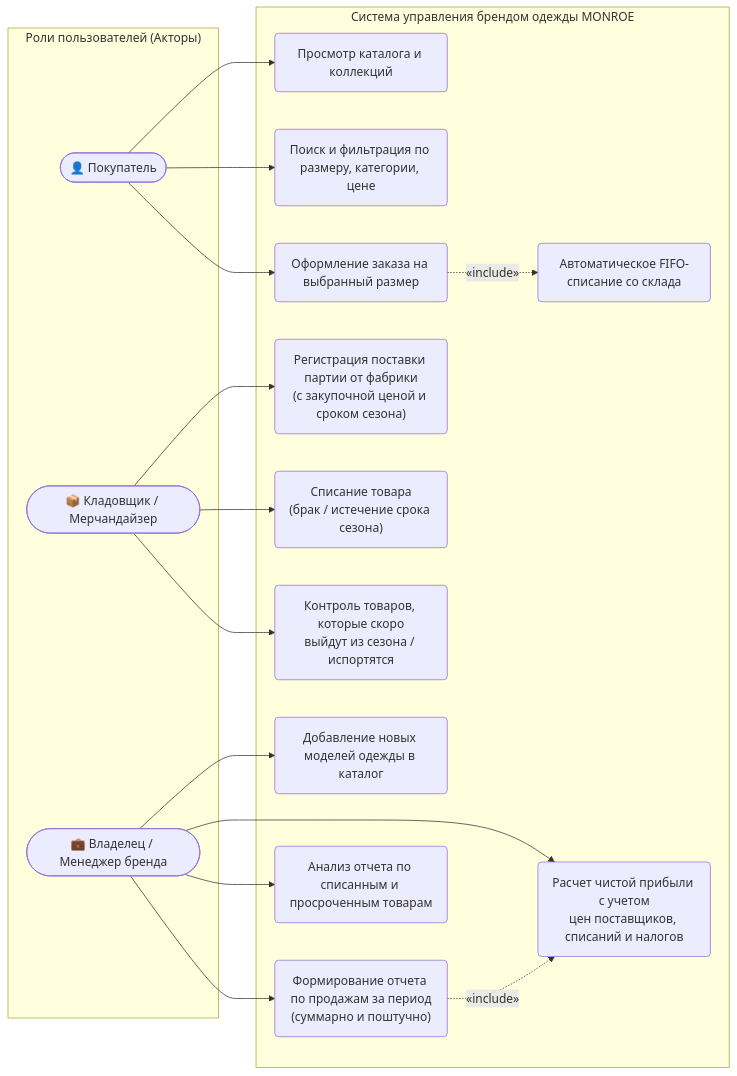
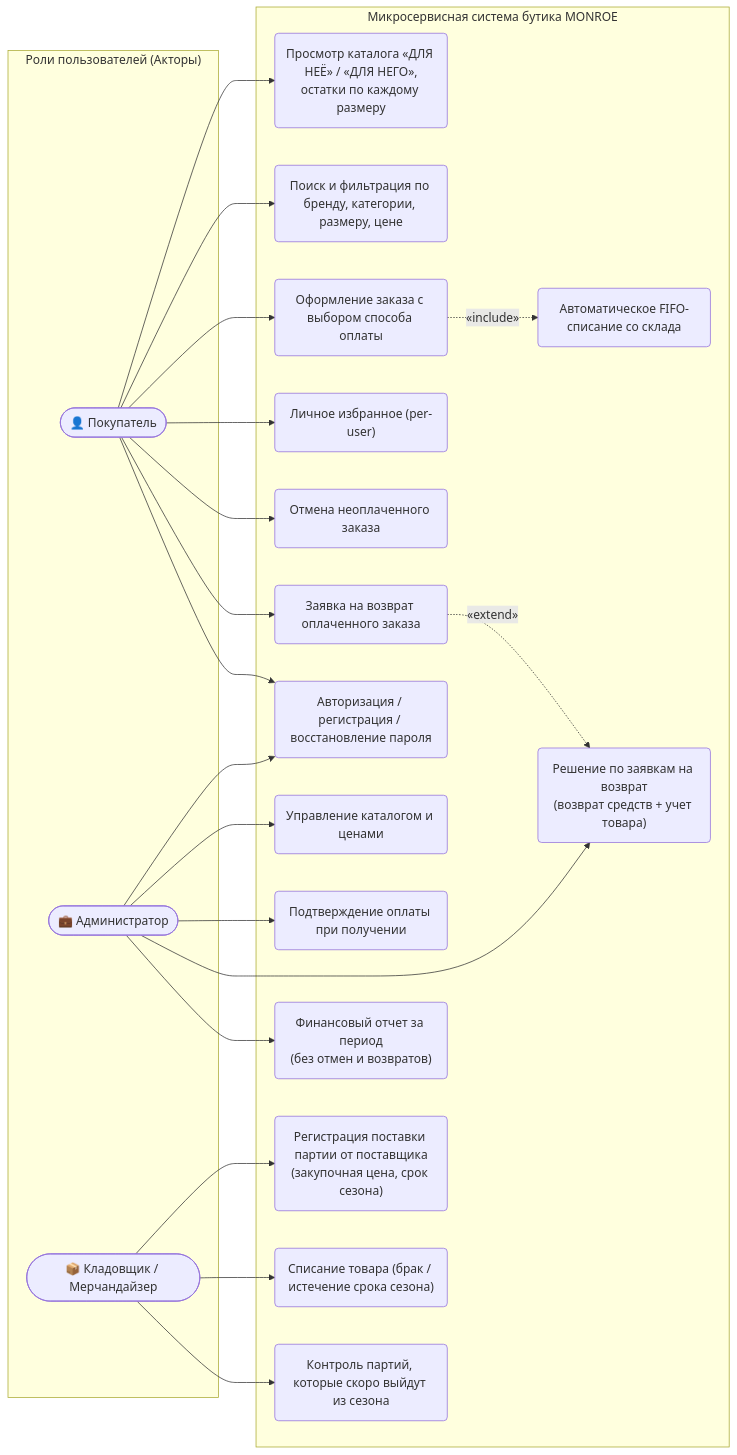
The first of 5 diagrams in README.md (anya-gor/project2026), drawn with Mermaid before and after one commit. The commit also changed other lines of this file and 2 other files, not shown here.

Commit message:
Docs: align with payment statuses, returns/refunds, personal favorites, MySQL schema and MONROE boutique context

````diff
--- a/README.md
+++ b/README.md
@@ -81,39 +97,48 @@
 ```mermaid
 flowchart LR
     subgraph Actors ["Роли пользователей (Акторы)"]
         Customer(["👤 Покупатель"])
+        Admin(["💼 Администратор"])
         WarehouseStaff(["📦 Кладовщик / Мерчандайзер"])
-        Manager(["💼 Владелец / Менеджер бренда"])
     end
 
-    subgraph System ["Система управления брендом одежды MONROE"]
-        UC1("Просмотр каталога и коллекций")
-        UC2("Поиск и фильтрация по размеру, категории, цене")
-        UC3("Оформление заказа на выбранный размер")
-        
-        UC4("Регистрация поставки партии от фабрики\n(с закупочной ценой и сроком сезона)")
-        UC5("Списание товара\n(брак / истечение срока сезона)")
-        UC6("Контроль товаров, которые скоро\nвыйдут из сезона / испортятся")
-        UC7("Автоматическое FIFO-списание со склада")
-        
-        UC8("Добавление новых моделей одежды в каталог")
-        UC9("Формирование отчета по продажам за период\n(суммарно и поштучно)")
-        UC10("Расчет чистой прибыли с учетом\nцен поставщиков, списаний и налогов")
-        UC11("Анализ отчета по списанным и просроченным товарам")
+    subgraph System ["Микросервисная система бутика MONROE"]
+        UC1("Просмотр каталога «ДЛЯ НЕЁ» / «ДЛЯ НЕГО»,\nостатки по каждому размеру")
+        UC2("Поиск и фильтрация по бренду, категории, размеру, цене")
+        UC3("Оформление заказа с выбором способа оплаты")
+        UC4("Личное избранное (per-user)")
+        UC5("Отмена неоплаченного заказа")
+        UC6("Заявка на возврат оплаченного заказа")
+        UC7("Авторизация / регистрация / восстановление пароля")
+
+        UC8("Управление каталогом и ценами")
+        UC9("Подтверждение оплаты при получении")
+        UC10("Решение по заявкам на возврат\n(возврат средств + учет товара)")
+        UC11("Финансовый отчет за период\n(без отмен и возвратов)")
+
+        UC12("Регистрация поставки партии от поставщика\n(закупочная цена, срок сезона)")
+        UC13("Списание товара (брак / истечение срока сезона)")
+        UC14("Контроль партий, которые скоро выйдут из сезона")
+        UC15("Автоматическое FIFO-списание со склада")
     end
 
     Customer --> UC1
     Customer --> UC2
     Customer --> UC3
-    UC3 -.->|"«include»"| UC7
+    Customer --> UC4
+    Customer --> UC5
+    Customer --> UC6
+    Customer --> UC7
+    UC3 -.->|"«include»"| UC15
 
-    WarehouseStaff --> UC4
-    WarehouseStaff --> UC5
-    WarehouseStaff --> UC6
+    Admin --> UC7
+    Admin --> UC8
+    Admin --> UC9
+    Admin --> UC10
+    Admin --> UC11
+    UC6 -.->|"«extend»"| UC10
 
-    Manager --> UC8
-    Manager --> UC9
-    Manager --> UC10
-    Manager --> UC11
-    UC9 -.->|"«include»"| UC10
+    WarehouseStaff --> UC12
+    WarehouseStaff --> UC13
+    WarehouseStaff --> UC14
 ```
````
